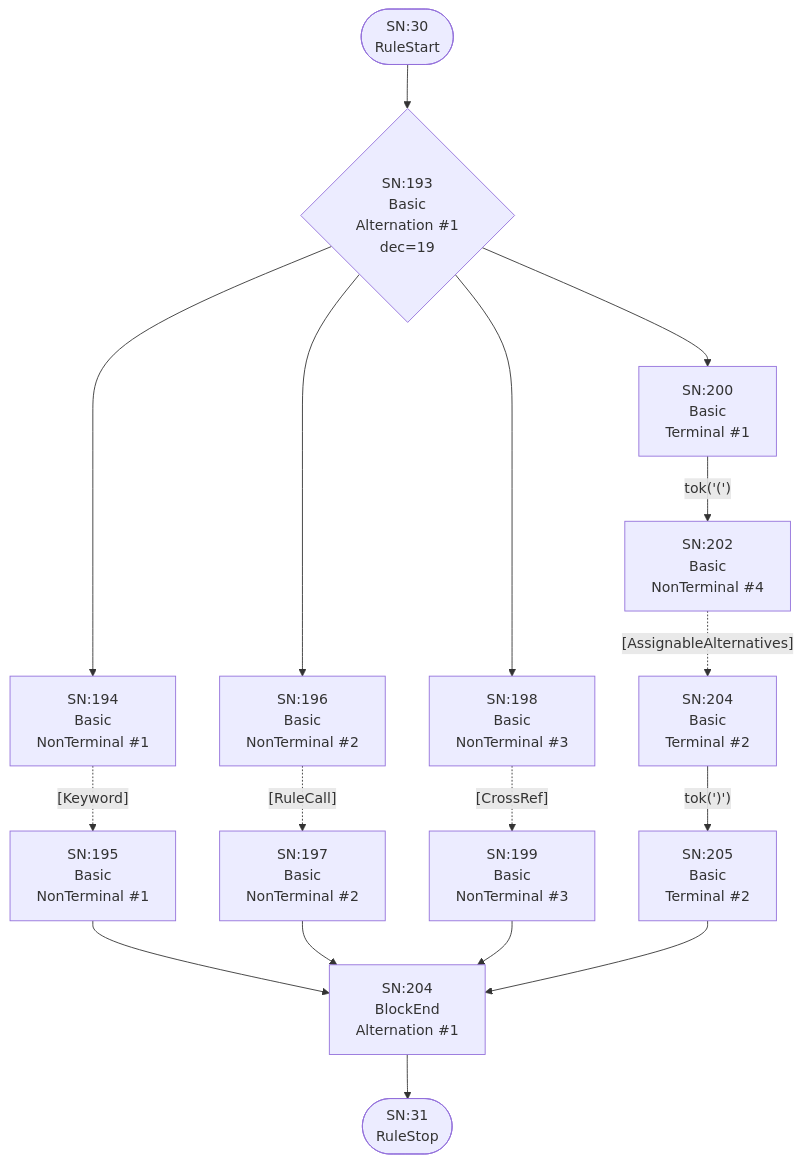
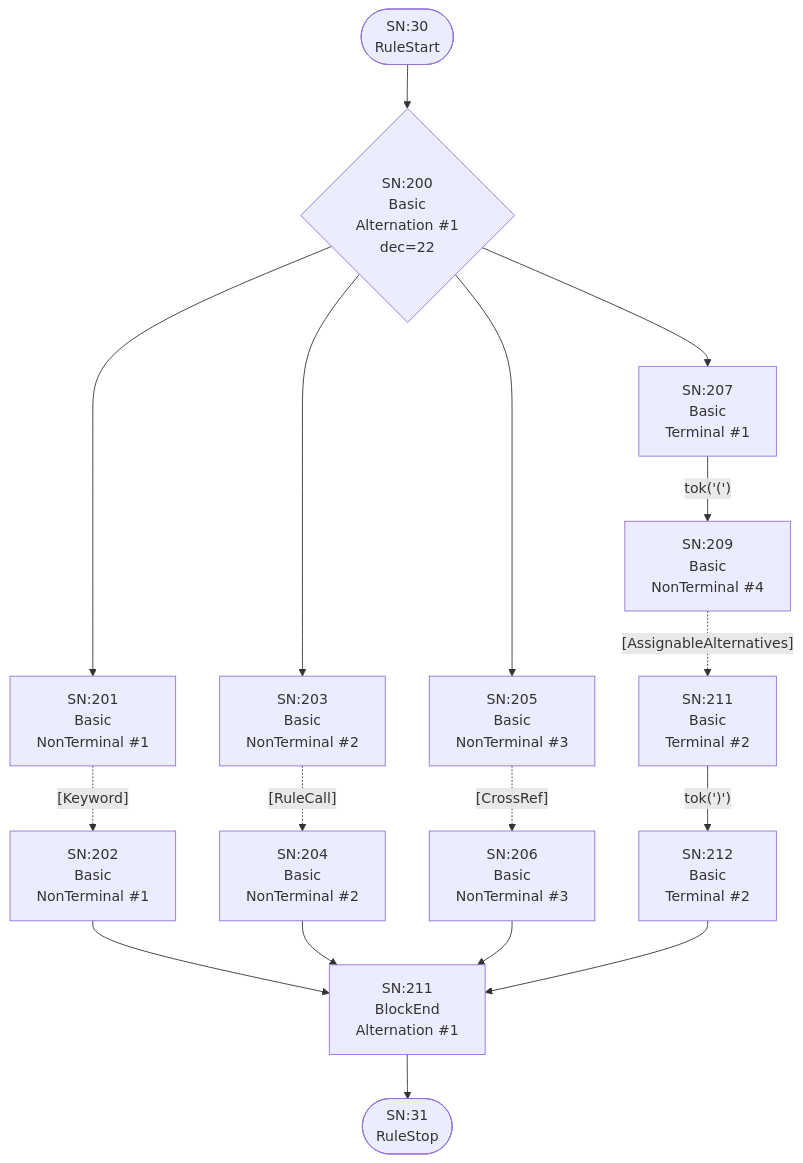
Before and after one commit to TypeFox/fastbelt: diagram 16 of 25 in internal/grammar/atn.md, drawn with Mermaid. The commit also changed other lines of this file and 13 other files, not shown here.

````diff
--- a/internal/grammar/atn.md
+++ b/internal/grammar/atn.md
@@ -466,34 +482,34 @@
 ```mermaid
 flowchart TD
     q30(["SN:30<br/>RuleStart"])
     q31(["SN:31<br/>RuleStop"])
-    q193{"SN:193<br/>Basic<br/>Alternation #1<br/>dec=19"}
-    q194["SN:194<br/>Basic<br/>NonTerminal #1"]
-    q195["SN:195<br/>Basic<br/>NonTerminal #1"]
-    q196["SN:196<br/>Basic<br/>NonTerminal #2"]
-    q197["SN:197<br/>Basic<br/>NonTerminal #2"]
-    q198["SN:198<br/>Basic<br/>NonTerminal #3"]
-    q199["SN:199<br/>Basic<br/>NonTerminal #3"]
-    q200["SN:200<br/>Basic<br/>Terminal #1"]
-    q201["SN:202<br/>Basic<br/>NonTerminal #4"]
-    q202["SN:204<br/>Basic<br/>Terminal #2"]
-    q203["SN:205<br/>Basic<br/>Terminal #2"]
-    q204["SN:204<br/>BlockEnd<br/>Alternation #1"]
+    q200{"SN:200<br/>Basic<br/>Alternation #1<br/>dec=22"}
+    q201["SN:201<br/>Basic<br/>NonTerminal #1"]
+    q202["SN:202<br/>Basic<br/>NonTerminal #1"]
+    q203["SN:203<br/>Basic<br/>NonTerminal #2"]
+    q204["SN:204<br/>Basic<br/>NonTerminal #2"]
+    q205["SN:205<br/>Basic<br/>NonTerminal #3"]
+    q206["SN:206<br/>Basic<br/>NonTerminal #3"]
+    q207["SN:207<br/>Basic<br/>Terminal #1"]
+    q208["SN:209<br/>Basic<br/>NonTerminal #4"]
+    q209["SN:211<br/>Basic<br/>Terminal #2"]
+    q210["SN:212<br/>Basic<br/>Terminal #2"]
+    q211["SN:211<br/>BlockEnd<br/>Alternation #1"]
 
-    q30 --> q193
-    q193 --> q194
-    q193 --> q196
-    q193 --> q198
-    q193 --> q200
-    q194 -.->|"[Keyword]"| q195
-    q195 --> q204
-    q196 -.->|"[RuleCall]"| q197
-    q197 --> q204
-    q198 -.->|"[CrossRef]"| q199
-    q199 --> q204
-    q200 -->|"tok('(')"| q201
-    q201 -.->|"[AssignableAlternatives]"| q202
-    q202 -->|"tok(')')"| q203
-    q203 --> q204
-    q204 --> q31
+    q30 --> q200
+    q200 --> q201
+    q200 --> q203
+    q200 --> q205
+    q200 --> q207
+    q201 -.->|"[Keyword]"| q202
+    q202 --> q211
+    q203 -.->|"[RuleCall]"| q204
+    q204 --> q211
+    q205 -.->|"[CrossRef]"| q206
+    q206 --> q211
+    q207 -->|"tok('(')"| q208
+    q208 -.->|"[AssignableAlternatives]"| q209
+    q209 -->|"tok(')')"| q210
+    q210 --> q211
+    q211 --> q31
 ```
````
